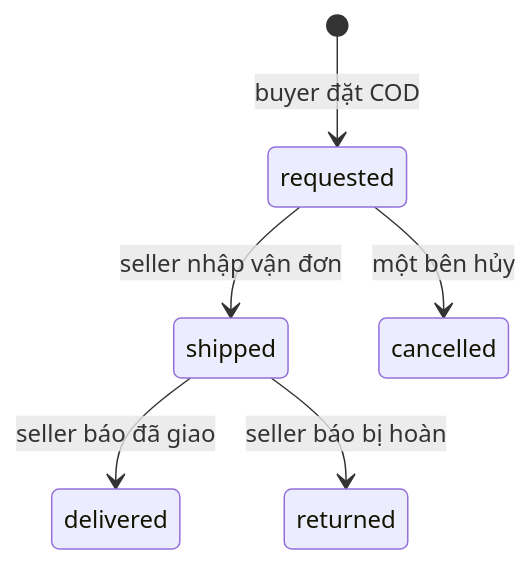
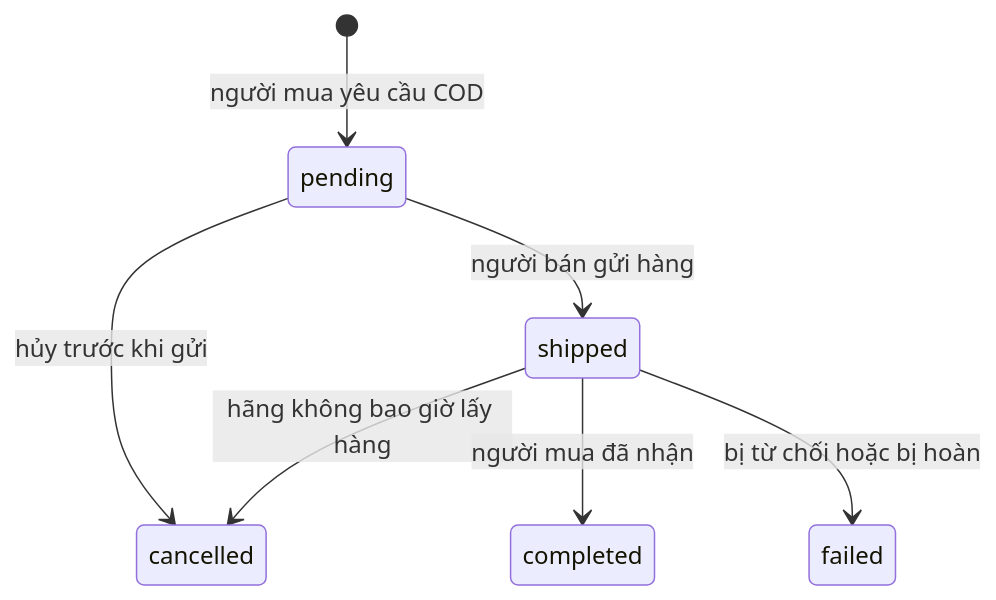
The diagram in web/src/content/docs/vi/marketplace/cod-deal.mdx (shopnexus/docs), drawn with Mermaid before and after one commit. The commit also changed other lines of this file and 105 other files, not shown here.

````diff
--- a/web/src/content/docs/vi/marketplace/cod-deal.mdx
+++ b/web/src/content/docs/vi/marketplace/cod-deal.mdx
@@ -36,8 +42,9 @@
 ```mermaid title="Trạng thái đơn"
 stateDiagram-v2
-  [*] --> requested: buyer đặt COD
-  requested --> shipped: seller nhập vận đơn
-  requested --> cancelled: một bên hủy
-  shipped --> delivered: seller báo đã giao
-  shipped --> returned: seller báo bị hoàn
+  [*] --> pending: người mua yêu cầu COD
+  pending --> shipped: người bán gửi hàng
+  pending --> cancelled: hủy trước khi gửi
+  shipped --> cancelled: hãng không bao giờ lấy hàng
+  shipped --> completed: người mua đã nhận
+  shipped --> failed: bị từ chối hoặc bị hoàn
 ```
````
